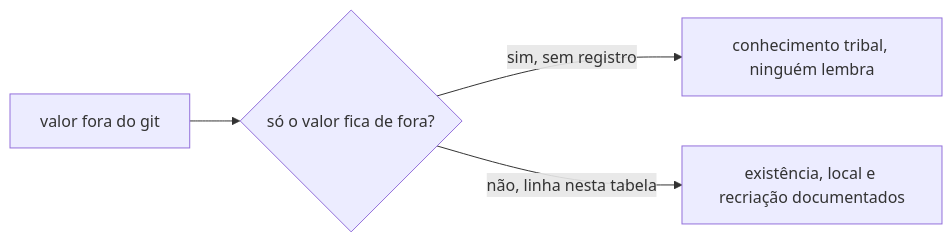
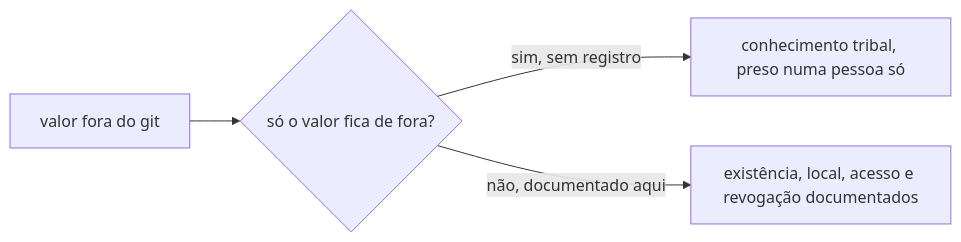
One commit to ladesa-ro/infrastructure changed the first of 3 diagrams in docs/operacao/estado-fora-do-git.md. Above: the diagram before and after it, drawn with Mermaid. The commit also changed other lines of this file, not shown here.

````diff
--- a/docs/operacao/estado-fora-do-git.md
+++ b/docs/operacao/estado-fora-do-git.md
@@ -5,6 +5,6 @@
 ```mermaid
 flowchart LR
     ForaGit[valor fora do git] --> SoValor{só o valor fica de fora?}
-    SoValor -->|sim, sem registro| Tribal[conhecimento tribal, ninguém lembra]
-    SoValor -->|não, linha nesta tabela| Documentado[existência, local e recriação documentados]
+    SoValor -->|sim, sem registro| Tribal[conhecimento tribal, preso numa pessoa só]
+    SoValor -->|não, documentado aqui| Documentado[existência, local, acesso e revogação documentados]
 ```
````
